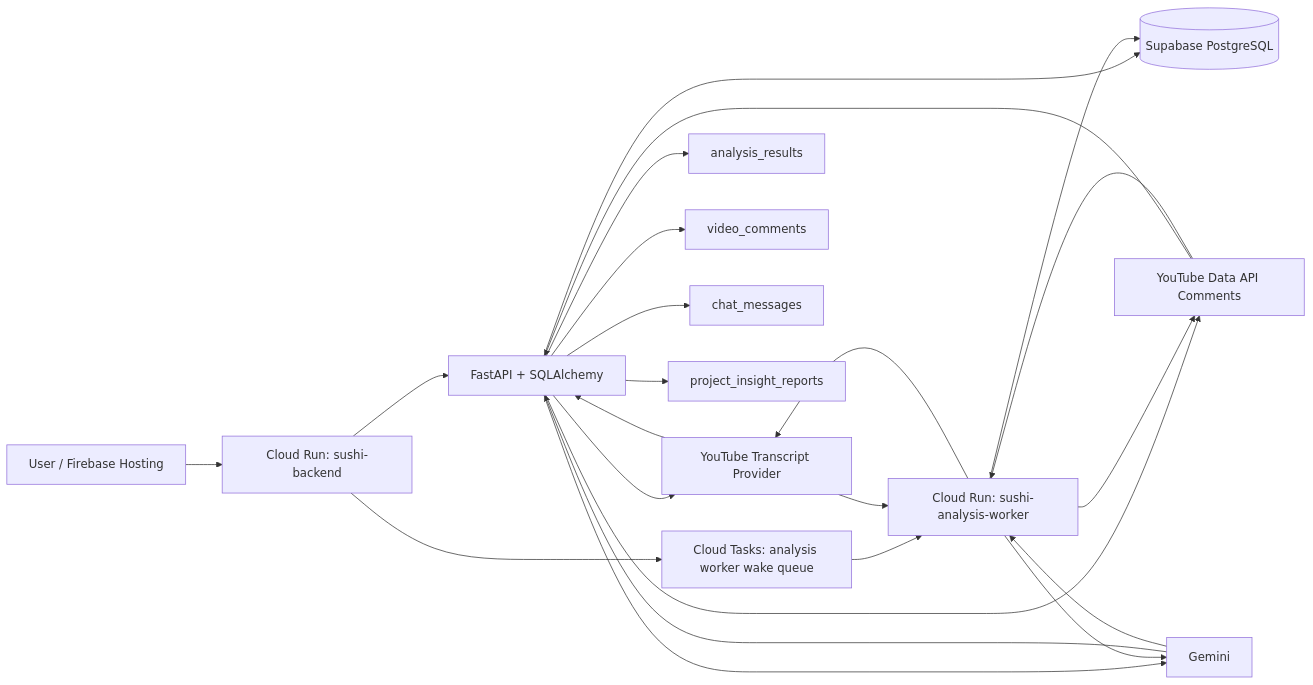
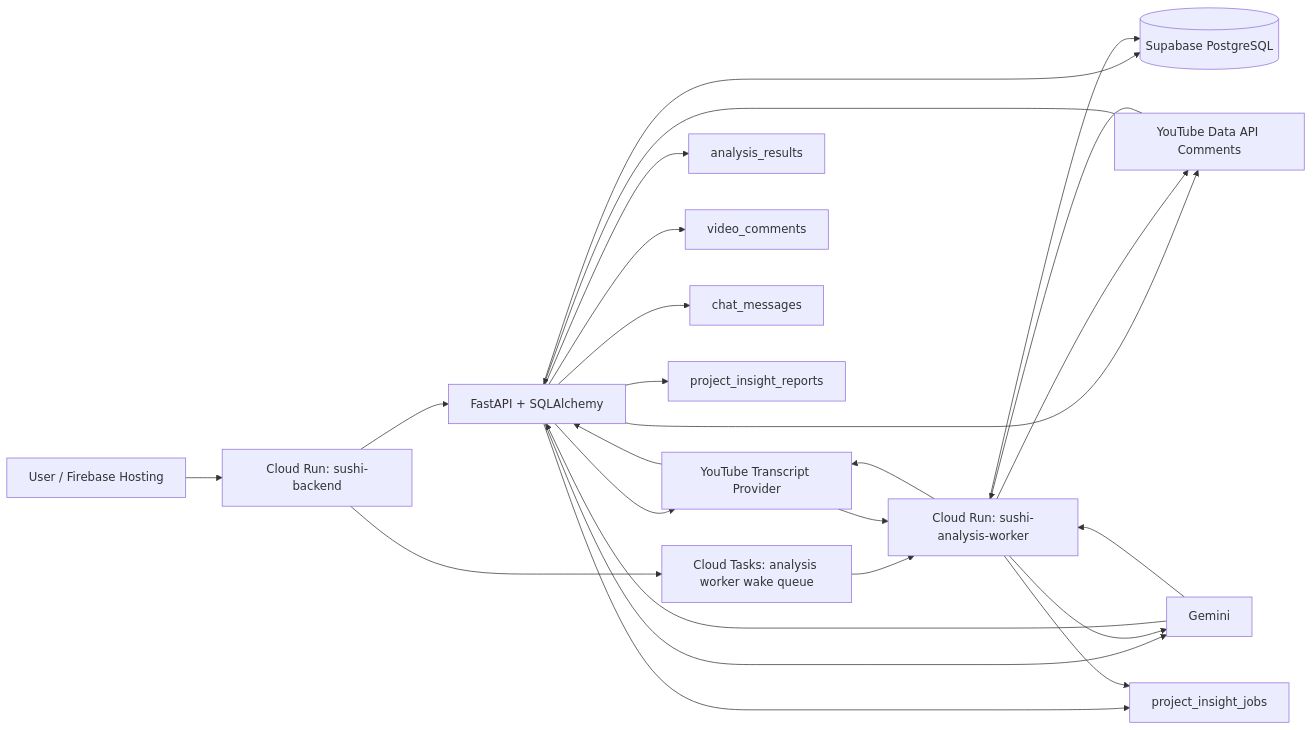
One commit to jjjyogurt/Sushi changed the first of 2 diagrams in DATABASE_DESIGN.md. Above: the diagram before and after it, drawn with Mermaid. The commit also changed other lines of this file and 24 other files, not shown here.

````diff
--- a/DATABASE_DESIGN.md
+++ b/DATABASE_DESIGN.md
@@ -26,28 +26,30 @@
 ```mermaid
 flowchart LR
     A[User / Firebase Hosting] --> B[Cloud Run: sushi-backend]
     B --> C[FastAPI + SQLAlchemy]
     C --> D[(Supabase PostgreSQL)]
     B --> WQ[Cloud Tasks: analysis worker wake queue]
     WQ --> W[Cloud Run: sushi-analysis-worker]
 
     C --> E[YouTube Transcript Provider]
     C --> F[YouTube Data API Comments]
     C --> G[Gemini]
     W --> E
     W --> F
     W --> G
     W --> D
 
     E --> C
     F --> C
     G --> C
     E --> W
     F --> W
     G --> W
 
     C --> H[analysis_results]
     C --> I[video_comments]
     C --> J[chat_messages]
     C --> K[project_insight_reports]
+    C --> L[project_insight_jobs]
+    W --> L
 ```
````
